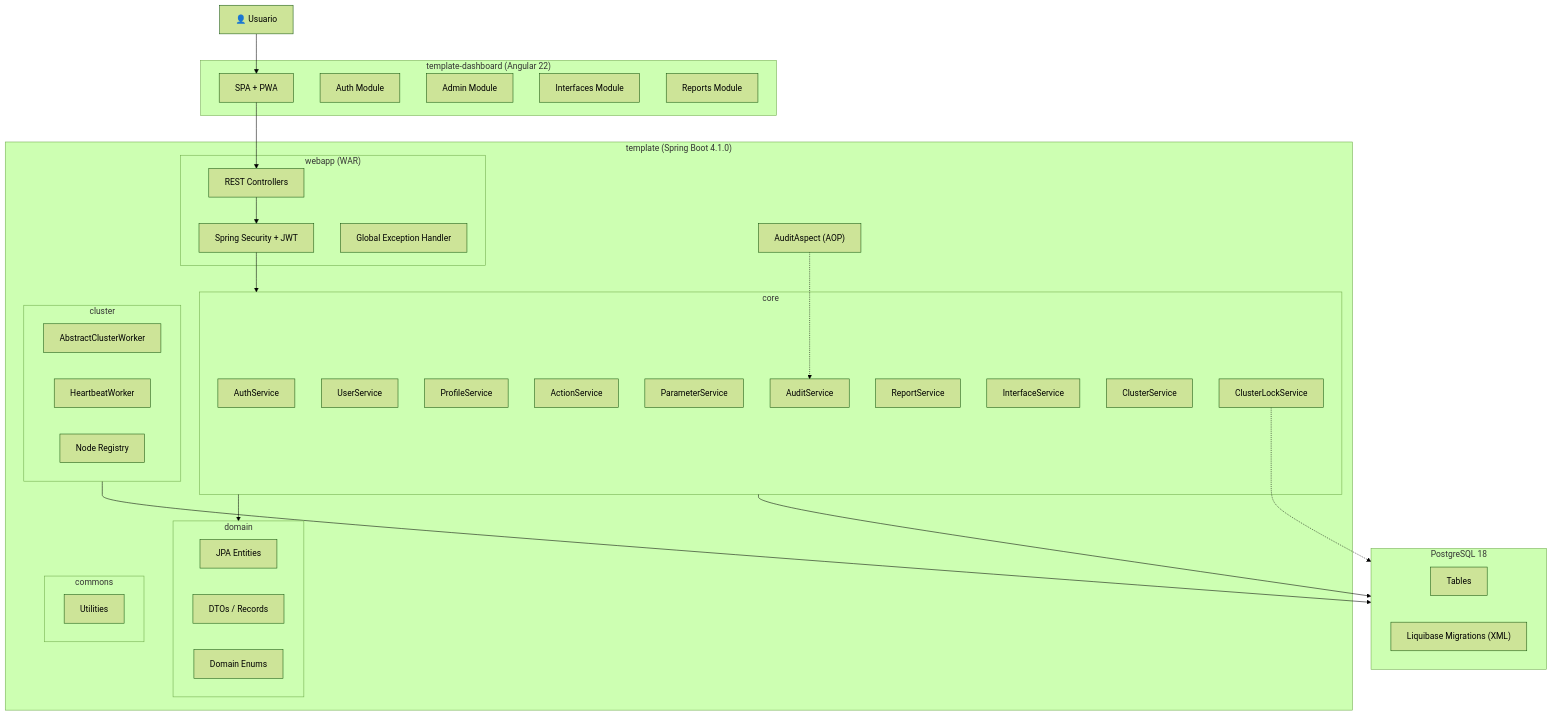
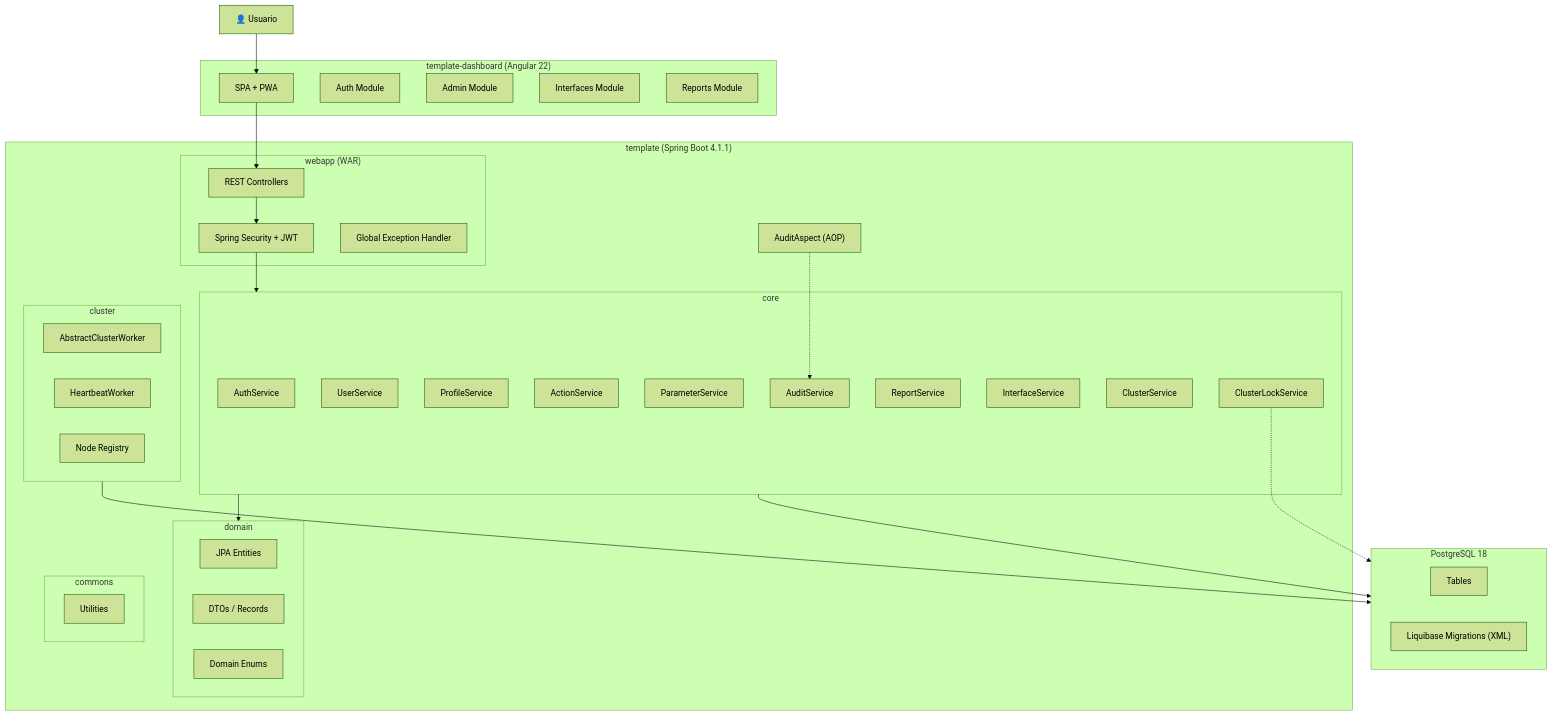
Before and after one commit to ijgomez/template: the first of 5 diagrams in .kiro/specs/template-app/design.md, drawn with Mermaid (forest theme). The commit also changed other lines of this file and 6 other files, not shown here.

First line of the commit message:
chore: actualizar Spring Boot de 4.1.0 a 4.1.1

````diff
--- a/.kiro/specs/template-app/design.md
+++ b/.kiro/specs/template-app/design.md
@@ -29,66 +29,66 @@
 ```mermaid
 flowchart TB
     User["👤 Usuario"]
     
     subgraph Frontend["template-dashboard (Angular 22)"]
         SPA["SPA + PWA"]
         AuthModule["Auth Module"]
         AdminModule["Admin Module"]
         InterfacesModule["Interfaces Module"]
         ReportsModule["Reports Module"]
     end
     
-    subgraph Backend["template (Spring Boot 4.1.0)"]
+    subgraph Backend["template (Spring Boot 4.1.1)"]
         subgraph Webapp["webapp (WAR)"]
             Controllers["REST Controllers"]
             Security["Spring Security + JWT"]
             ExceptionHandler["Global Exception Handler"]
         end
         
         subgraph Core["core"]
             AuthService["AuthService"]
             UserService["UserService"]
             ProfileService["ProfileService"]
             ActionService["ActionService"]
             ParameterService["ParameterService"]
             AuditService["AuditService"]
             ReportService["ReportService"]
             InterfaceService["InterfaceService"]
             ClusterService["ClusterService"]
             ClusterLockService["ClusterLockService"]
         end
         
         subgraph Domain["domain"]
             Entities["JPA Entities"]
             DTOs["DTOs / Records"]
             Enums["Domain Enums"]
         end
         
         subgraph Cluster["cluster"]
             AbstractClusterWorker["AbstractClusterWorker"]
             HeartbeatWorker["HeartbeatWorker"]
             NodeRegistry["Node Registry"]
         end
         
         subgraph Commons["commons"]
             Utils["Utilities"]
         end
         
         AOP["AuditAspect (AOP)"]
     end
     
     subgraph Database["PostgreSQL 18"]
         Tables["Tables"]
         Liquibase["Liquibase Migrations (XML)"]
     end
     
     User --> SPA
     SPA --> Controllers
     Controllers --> Security
     Security --> Core
     Core --> Domain
     Core --> Database
     Cluster --> Database
     AOP -.-> AuditService
     ClusterLockService -.-> Database
 ```
````
